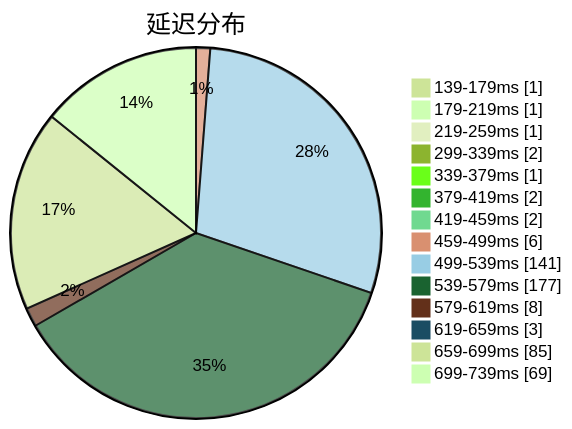
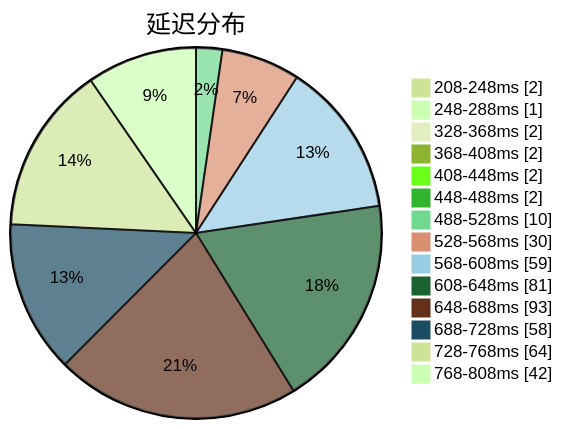
Before and after one commit to sinspired/airport: the first of 3 diagrams in subs/statistics/tested_within.md, drawn with Mermaid (forest theme). The commit also changed other lines of this file and 2 other files, not shown here.

````diff
--- a/subs/statistics/tested_within.md
+++ b/subs/statistics/tested_within.md
@@ -2,18 +2,18 @@
 ```mermaid
 pie showData
 title 延迟分布
-"139-179ms" : 1
-"179-219ms" : 1
-"219-259ms" : 1
-"299-339ms" : 2
-"339-379ms" : 1
-"379-419ms" : 2
-"419-459ms" : 2
-"459-499ms" : 6
-"499-539ms" : 141
-"539-579ms" : 177
-"579-619ms" : 8
-"619-659ms" : 3
-"659-699ms" : 85
-"699-739ms" : 69
+"208-248ms" : 2
+"248-288ms" : 1
+"328-368ms" : 2
+"368-408ms" : 2
+"408-448ms" : 2
+"448-488ms" : 2
+"488-528ms" : 10
+"528-568ms" : 30
+"568-608ms" : 59
+"608-648ms" : 81
+"648-688ms" : 93
+"688-728ms" : 58
+"728-768ms" : 64
+"768-808ms" : 42
 ```
````
